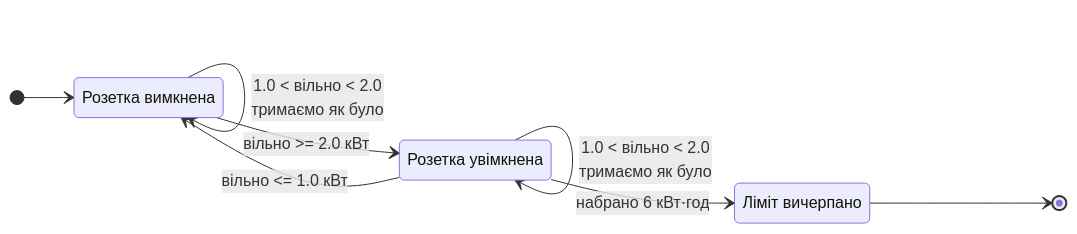
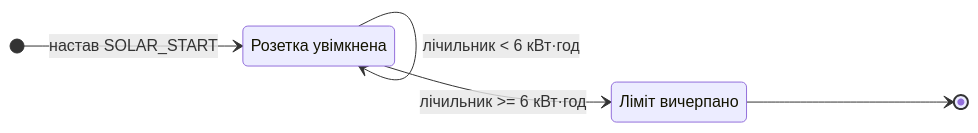
One commit to tochytskyi/smart-solar-energy changed the fourth of 7 diagrams in docs/algorithm.md. Above: the diagram before and after it, drawn with Mermaid. The commit also changed other lines of this file and 19 other files, not shown here.

````diff
--- a/docs/algorithm.md
+++ b/docs/algorithm.md
@@ -118,15 +105,11 @@
 ```mermaid
 stateDiagram-v2
     direction LR
-    OFF: Розетка вимкнена
     ON: Розетка увімкнена
     DONE: Ліміт вичерпано
 
-    [*] --> OFF
-    OFF --> ON: вільно >= 2.0 кВт
-    ON --> OFF: вільно <= 1.0 кВт
-    OFF --> OFF: 1.0 < вільно < 2.0<br/>тримаємо як було
-    ON --> ON: 1.0 < вільно < 2.0<br/>тримаємо як було
-    ON --> DONE: набрано 6 кВт·год
+    [*] --> ON: настав SOLAR_START
+    ON --> ON: лічильник < 6 кВт·год
+    ON --> DONE: лічильник >= 6 кВт·год
     DONE --> [*]
 ```
````
